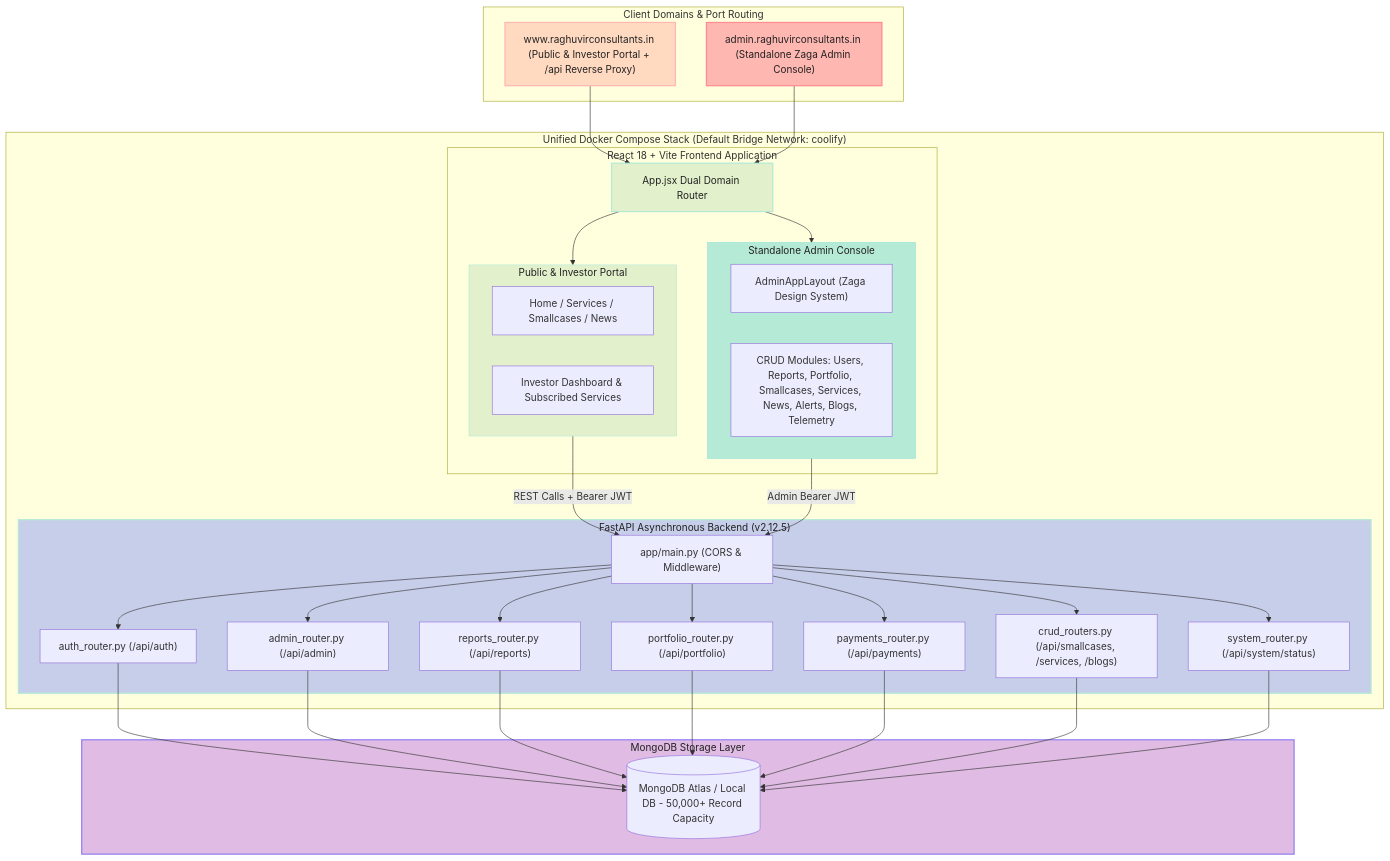
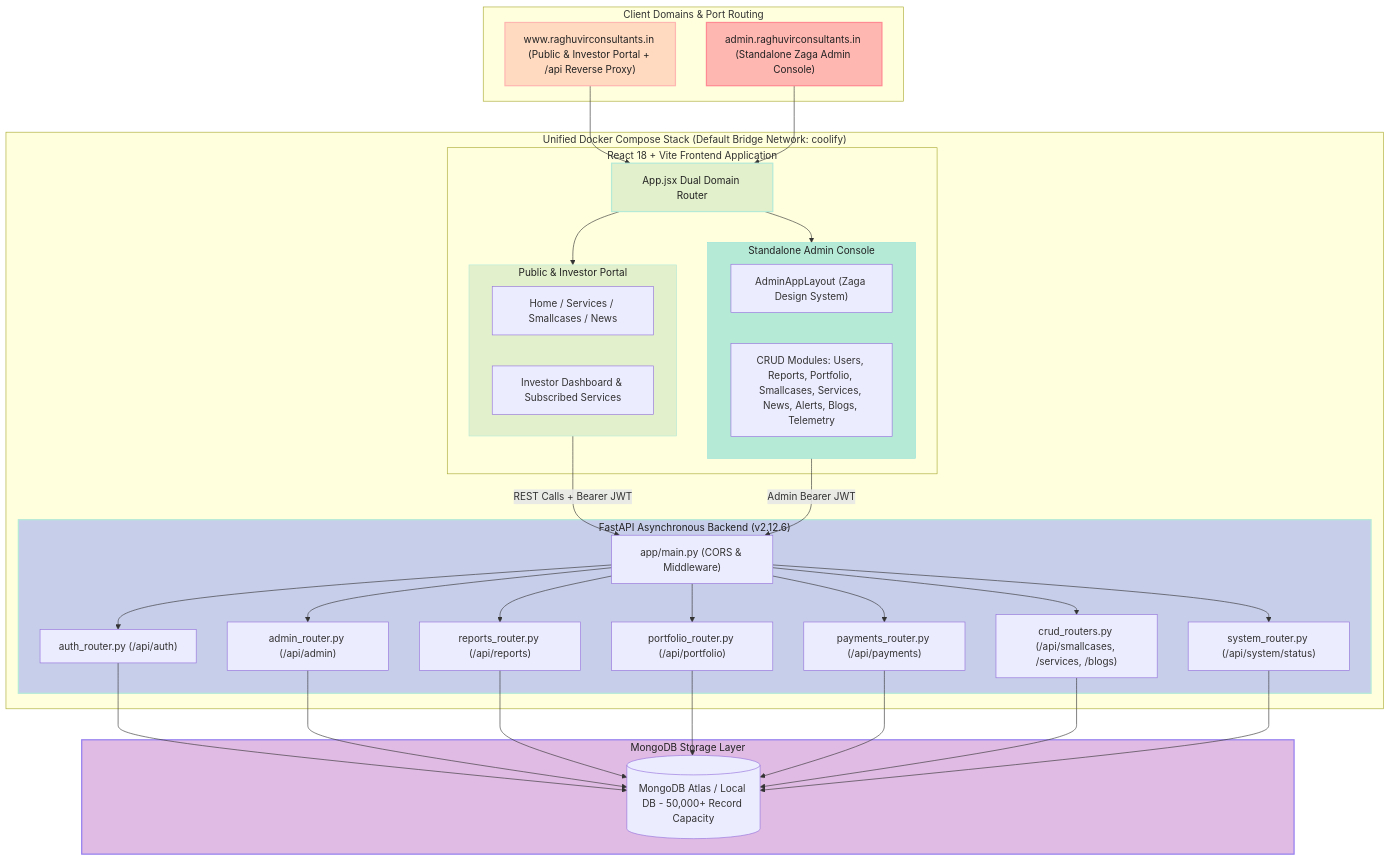
The first of 2 diagrams in backend/docs/ARCHITECTURE.md (tejasrsuthar/raghuvirconsultants-site), drawn with Mermaid before and after one commit. The commit also changed other lines of this file and 18 other files, not shown here.

````diff
--- a/backend/docs/ARCHITECTURE.md
+++ b/backend/docs/ARCHITECTURE.md
@@ -14,72 +14,72 @@
 ```mermaid
 graph TD
     subgraph ClientDomains["Client Domains & Port Routing"]
         PublicDomain["www.raghuvirconsultants.in (Public & Investor Portal + /api Reverse Proxy)"]
         AdminDomain["admin.raghuvirconsultants.in (Standalone Zaga Admin Console)"]
     end
 
     subgraph ComposeStack["Unified Docker Compose Stack (Default Bridge Network: coolify)"]
         subgraph ReactFrontend["React 18 + Vite Frontend Application"]
             AppRouter["App.jsx Dual Domain Router"]
             
             subgraph PublicPortal["Public & Investor Portal"]
               PublicViews["Home / Services / Smallcases / News"]
               InvestorPortal["Investor Dashboard & Subscribed Services"]
             end
 
             subgraph ZagaAdmin["Standalone Admin Console"]
               AdminLayout["AdminAppLayout (Zaga Design System)"]
               AdminModules["CRUD Modules: Users, Reports, Portfolio, Smallcases, Services, News, Alerts, Blogs, Telemetry"]
             end
         end
 
-        subgraph FastAPIServer["FastAPI Asynchronous Backend (v2.12.5)"]
+        subgraph FastAPIServer["FastAPI Asynchronous Backend (v2.12.6)"]
             API["app/main.py (CORS & Middleware)"]
             AuthRouter["auth_router.py (/api/auth)"]
             AdminRouter["admin_router.py (/api/admin)"]
             ReportsRouter["reports_router.py (/api/reports)"]
             PortfolioRouter["portfolio_router.py (/api/portfolio)"]
             PaymentsRouter["payments_router.py (/api/payments)"]
             CRUDRouters["crud_routers.py (/api/smallcases, /services, /blogs)"]
             SystemRouter["system_router.py (/api/system/status)"]
         end
     end
 
     subgraph DataStore["MongoDB Storage Layer"]
         MongoDB[(MongoDB Atlas / Local DB - 50,000+ Record Capacity)]
     end
 
     PublicDomain --> AppRouter
     AdminDomain --> AppRouter
 
     AppRouter --> PublicPortal
     AppRouter --> ZagaAdmin
 
     PublicPortal -->|REST Calls + Bearer JWT| API
     ZagaAdmin -->|Admin Bearer JWT| API
 
     API --> AuthRouter
     API --> AdminRouter
     API --> ReportsRouter
     API --> PortfolioRouter
     API --> PaymentsRouter
     API --> CRUDRouters
     API --> SystemRouter
 
     AuthRouter --> MongoDB
     AdminRouter --> MongoDB
     ReportsRouter --> MongoDB
     PortfolioRouter --> MongoDB
     PaymentsRouter --> MongoDB
     CRUDRouters --> MongoDB
     SystemRouter --> MongoDB
 
     %% Pastel Color Palette Styling
     style PublicDomain fill:#FFDAC1,stroke:#FFB7B2,stroke-width:2px,color:#222;
     style AdminDomain fill:#FFB7B2,stroke:#FF8B94,stroke-width:2px,color:#222;
     style AppRouter fill:#E2F0CB,stroke:#B5EAD7,stroke-width:2px,color:#222;
     style PublicPortal fill:#E2F0CB,stroke:#B5EAD7,stroke-width:1px,color:#222;
     style ZagaAdmin fill:#B5EAD7,stroke:#93E1D8,stroke-width:1px,color:#222;
     style FastAPIServer fill:#C7CEEA,stroke:#B5EAD7,stroke-width:2px,color:#222;
     style DataStore fill:#E0BBE4,stroke:#957FEF,stroke-width:2px,color:#222;
 ```
````
